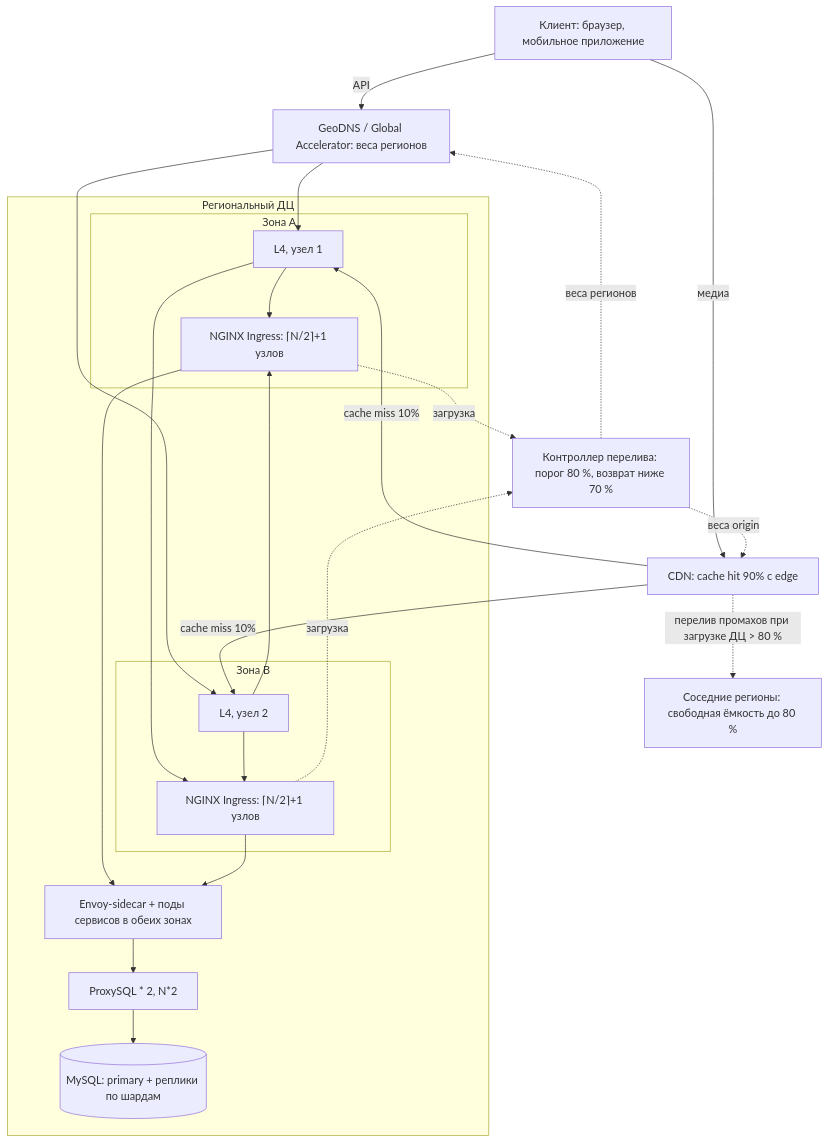
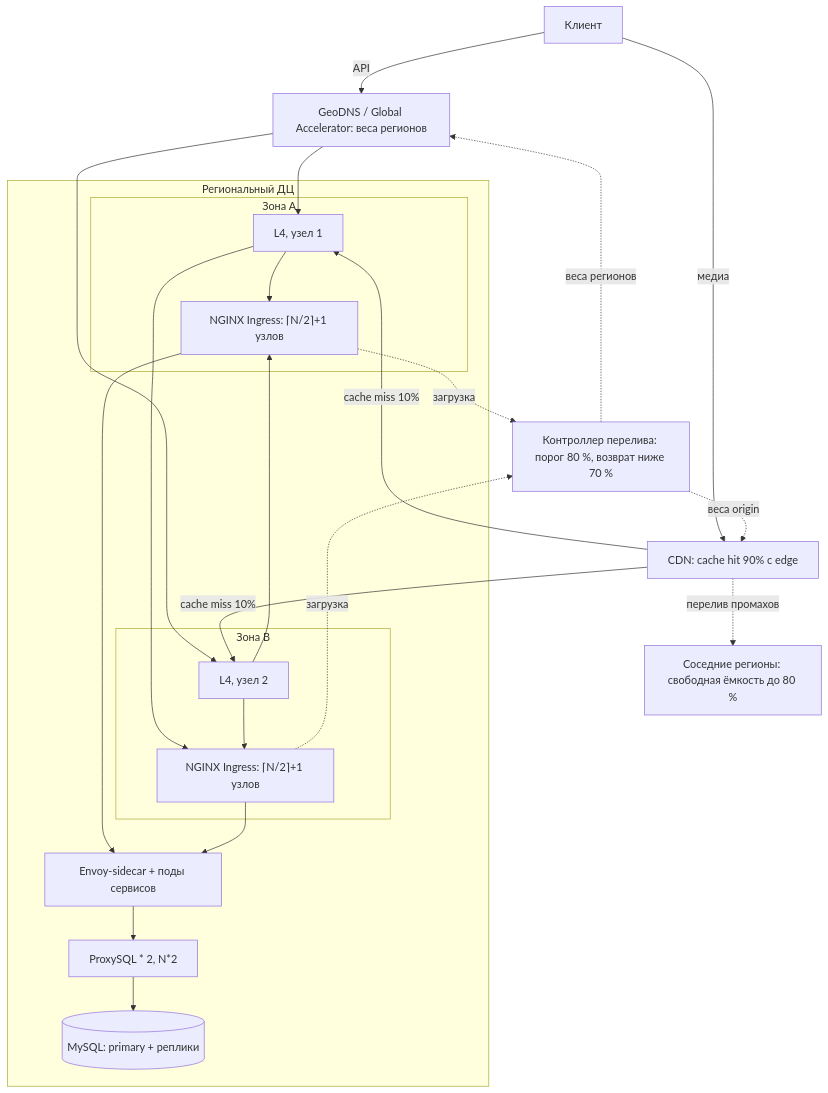
Before and after one commit to TOOSTEER/Highload_TechnoPark: the third of 7 diagrams in README.md, drawn with Mermaid. The commit also changed other lines of this file, not shown here.

````diff
--- a/README.md
+++ b/README.md
@@ -198,43 +192,43 @@
 ```mermaid
 flowchart TB
-  U["Клиент: браузер, мобильное приложение"]
+  U["Клиент"]
   GD["GeoDNS / Global Accelerator: веса регионов"]
   CDN["CDN: cache hit 90% с edge"]
   CTRL["Контроллер перелива: порог 80 %, возврат ниже 70 %"]
   NB["Соседние регионы: свободная ёмкость до 80 %"]
 
   U -->|"API"| GD
   U -->|"медиа"| CDN
 
   subgraph DC["Региональный ДЦ"]
     subgraph ZA["Зона A"]
       L4A["L4, узел 1"]
       L7A["NGINX Ingress: ⌈N/2⌉+1 узлов"]
     end
     subgraph ZB["Зона B"]
       L4B["L4, узел 2"]
       L7B["NGINX Ingress: ⌈N/2⌉+1 узлов"]
     end
-    SVC["Envoy-sidecar + поды сервисов в обеих зонах"]
+    SVC["Envoy-sidecar + поды сервисов"]
     PRX["ProxySQL * 2, N*2"]
-    DB[("MySQL: primary + реплики по шардам")]
+    DB[("MySQL: primary + реплики")]
   end
 
   GD --> L4A
   GD --> L4B
   CDN -->|"cache miss 10%"| L4A
   CDN -->|"cache miss 10%"| L4B
   L4A --> L7A
   L4A --> L7B
   L4B --> L7A
   L4B --> L7B
   L7A --> SVC
   L7B --> SVC
   SVC --> PRX
   PRX --> DB
   L7A -.->|"загрузка"| CTRL
   L7B -.->|"загрузка"| CTRL
   CTRL -.->|"веса регионов"| GD
   CTRL -.->|"веса origin"| CDN
-  CDN -.->|"перелив промахов при загрузке ДЦ > 80 %"| NB
+  CDN -.->|"перелив промахов"| NB
 ```
````
